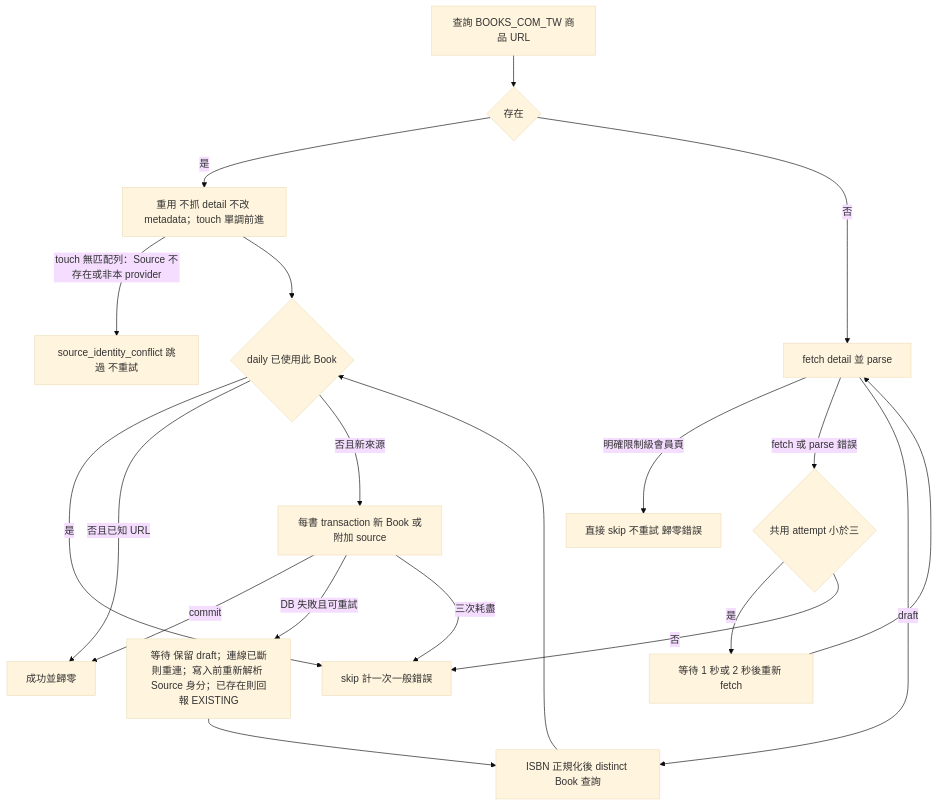
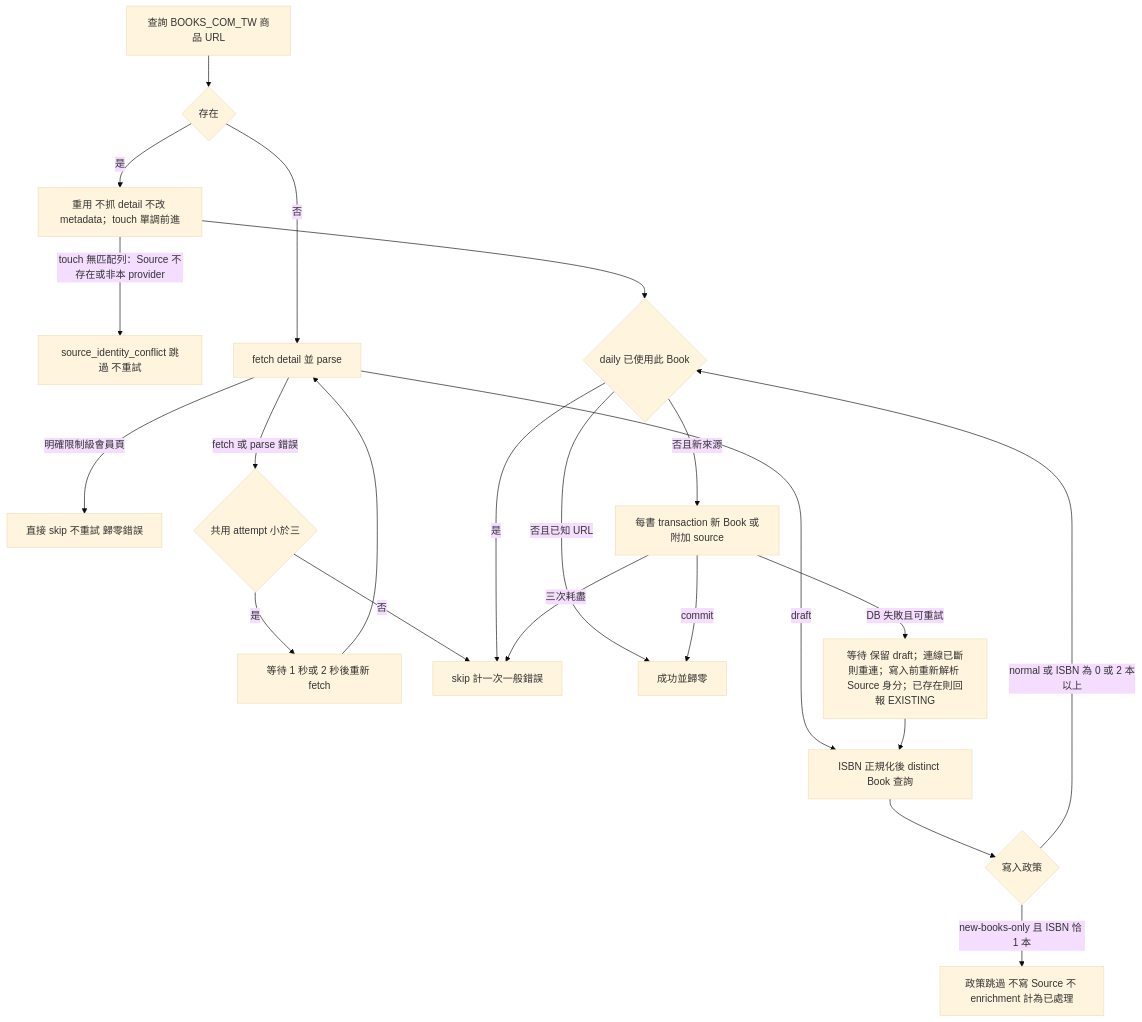
One commit to Arthur801/Book-Finder changed the second of 4 diagrams in crawler/docs/workflow-diagram.md. Above: the diagram before and after it, drawn with Mermaid (base theme). The commit also changed other lines of this file and 15 other files, not shown here.

Commit message:
feat(catalog): new-books-only write policy for Kingstone

````diff
--- a/crawler/docs/workflow-diagram.md
+++ b/crawler/docs/workflow-diagram.md
@@ -46,22 +46,24 @@
 ```mermaid
 flowchart TD
  A[查詢 BOOKS_COM_TW 商品 URL] --> B{存在}
  B -->|是| C[重用 不抓 detail 不改 metadata；touch 單調前進]
  C -->|touch 無匹配列：Source 不存在或非本 provider| N[source_identity_conflict 跳過 不重試]
  B -->|否| D[fetch detail 並 parse]
  D -->|明確限制級會員頁| E[直接 skip 不重試 歸零錯誤]
  D -->|fetch 或 parse 錯誤| F{共用 attempt 小於三}
  F -->|是| G[等待 1 秒或 2 秒後重新 fetch]
  G --> D
  F -->|否| H[skip 計一次一般錯誤]
  D -->|draft| I[ISBN 正規化後 distinct Book 查詢]
  C --> J{daily 已使用此 Book}
- I --> J
+ I --> Q{寫入政策}
+ Q -->|normal 或 ISBN 為 0 或 2 本以上| J
+ Q -->|new-books-only 且 ISBN 恰 1 本| P[政策跳過 不寫 Source 不 enrichment 計為已處理]
  J -->|是| H
  J -->|否且已知 URL| K[成功並歸零]
  J -->|否且新來源| L[每書 transaction 新 Book 或附加 source]
  L -->|commit| K
  L -->|DB 失敗且可重試| M[等待 保留 draft；連線已斷則重連；寫入前重新解析 Source 身分；已存在則回報 EXISTING]
  M --> I
  L -->|三次耗盡| H
 ```
````
